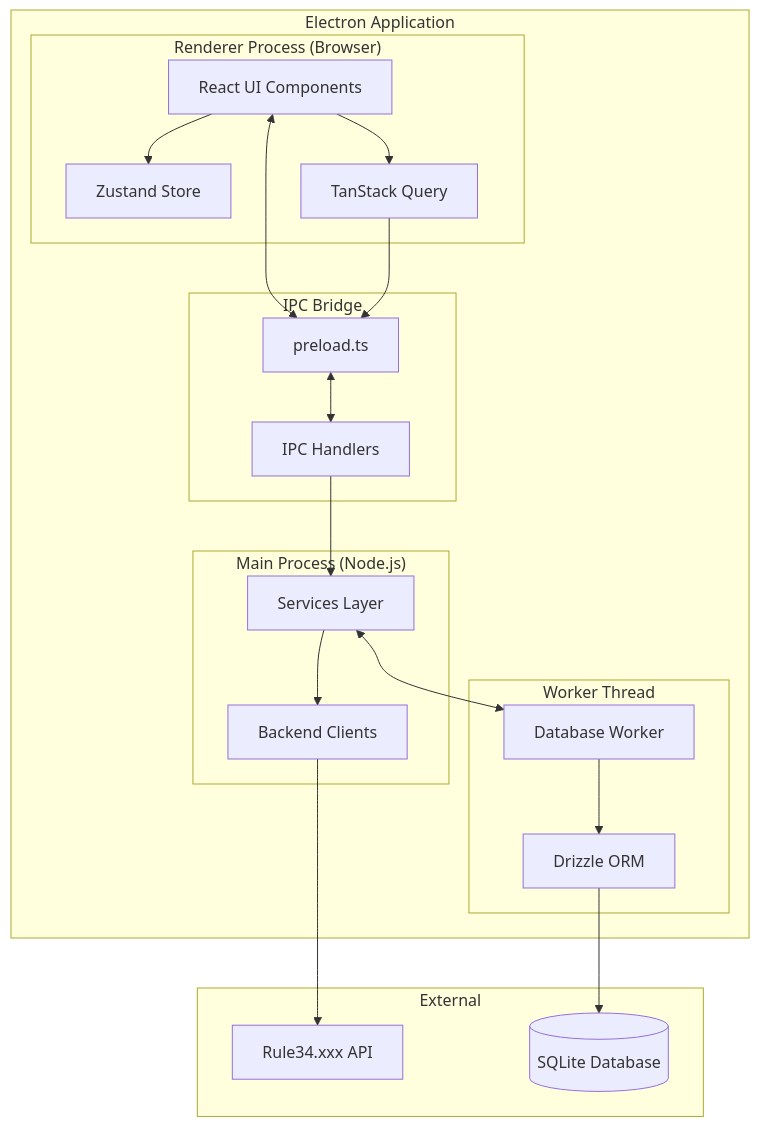
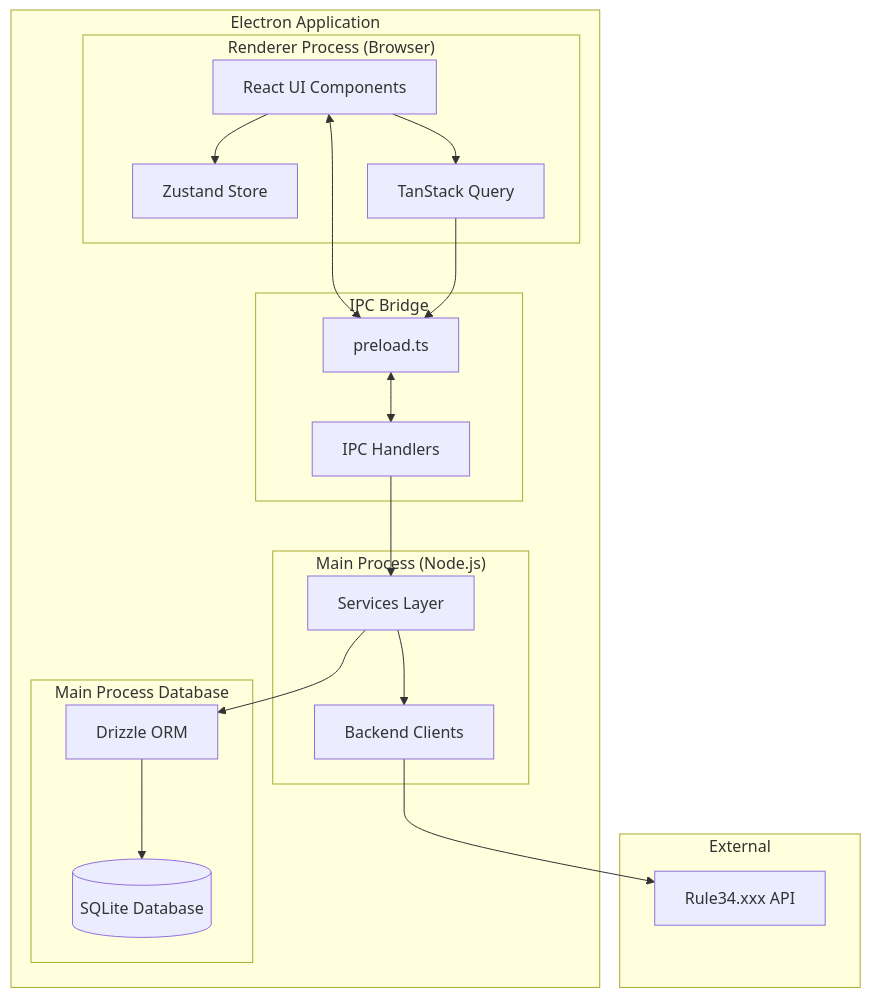
One commit to KazeKaze93/RuleDesk changed the second of 11 diagrams in docs/architecture.md. Above: the diagram before and after it, drawn with Mermaid. The commit also changed other lines of this file and 5 other files, not shown here.

First line of the commit message:
chore: update documentation and architecture for database access changes

````diff
--- a/docs/architecture.md
+++ b/docs/architecture.md
@@ -73,43 +72,42 @@
 ```mermaid
 graph TB
     subgraph "Electron Application"
         subgraph "Renderer Process (Browser)"
             ReactUI[React UI Components]
             Zustand[Zustand Store]
             ReactQuery[TanStack Query]
         end
 
         subgraph "IPC Bridge"
             Preload[preload.ts]
             IPC[IPC Handlers]
         end
 
         subgraph "Main Process (Node.js)"
             Services[Services Layer]
             BackendClients[Backend Clients]
         end
 
-        subgraph "Worker Thread"
-            DBWorker[Database Worker]
+        subgraph "Main Process Database"
             Drizzle[Drizzle ORM]
+            SQLite[(SQLite)]
         end
     end
 
     subgraph "External"
         Rule34API[Rule34.xxx API]
         SQLite[(SQLite Database)]
     end
 
     ReactUI <--> Preload
     Preload <--> IPC
     IPC --> Services
     Services --> BackendClients
-    Services <--> DBWorker
-    DBWorker --> Drizzle
+    Services --> Drizzle
     Drizzle --> SQLite
     BackendClients --> Rule34API
 
     ReactUI --> Zustand
     ReactUI --> ReactQuery
     ReactQuery --> Preload
 ```
````
